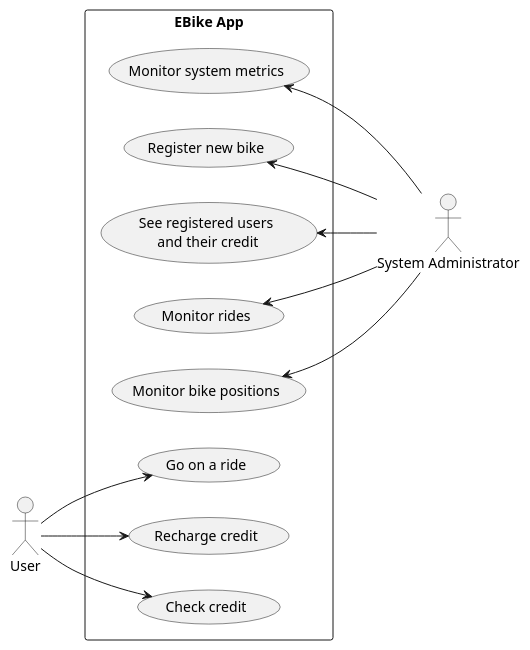
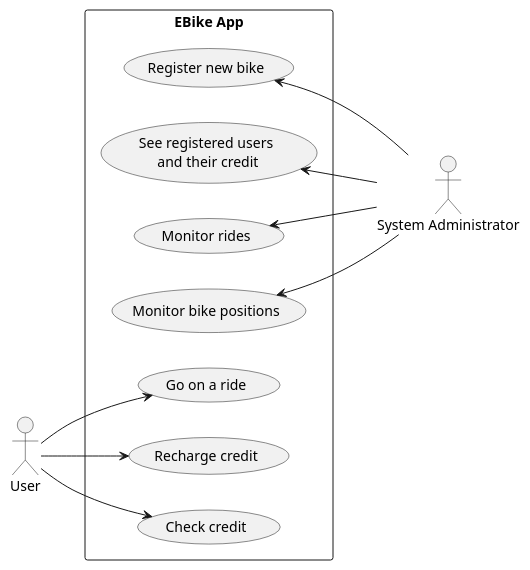
The diagram in doc/diagrams/src/use-cases.puml (Ventus218/SAP-assignment-03), drawn with PlantUML before and after one commit. The commit also changed 16 other files, not shown here.

```diff
--- a/doc/diagrams/src/use-cases.puml
+++ b/doc/diagrams/src/use-cases.puml
@@ -1,20 +1,19 @@
 @startuml use-cases
 
 actor "User"
 actor "System Administrator" as Admin
 
 left to right direction
 
 rectangle "EBike App" {
     User --> (Go on a ride)
     User --> (Recharge credit)
     User --> (Check credit)
 
     Admin -u-> (Monitor bike positions)
     Admin -u-> (Monitor rides)
     Admin -u-> (See registered users\n and their credit)
     Admin -u-> (Register new bike)
-    Admin -u-> (Monitor system metrics)
 }
 
 @enduml
```
